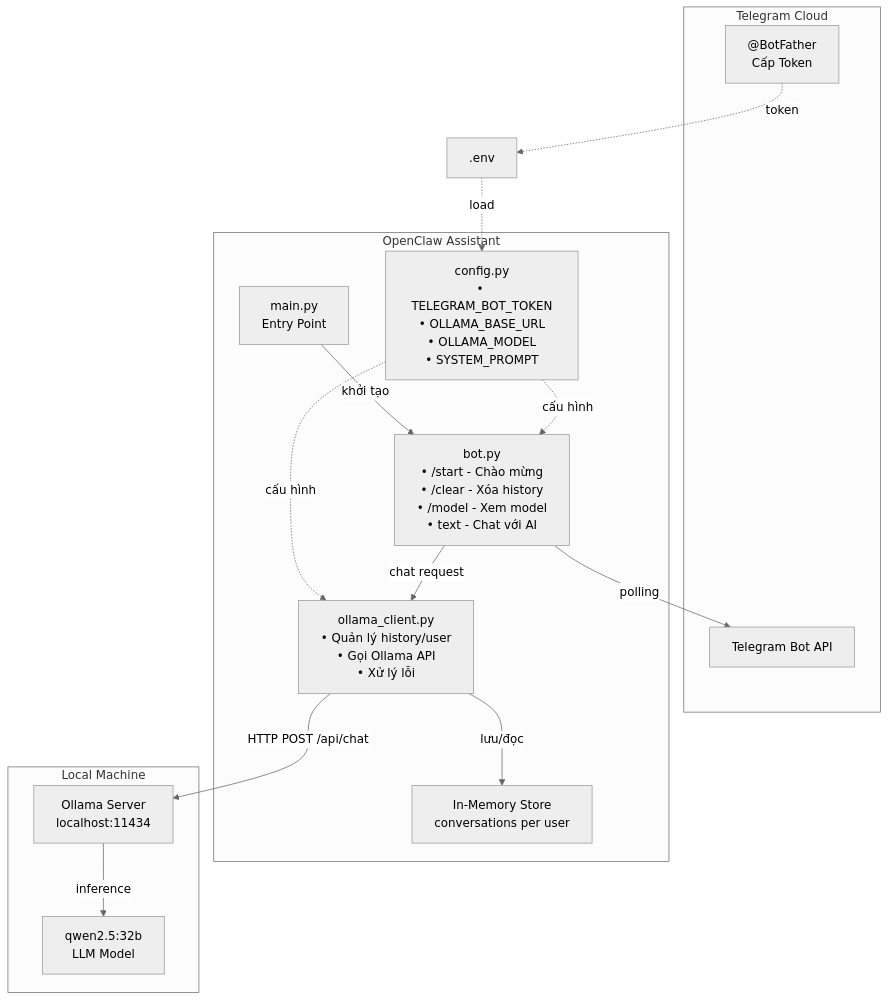
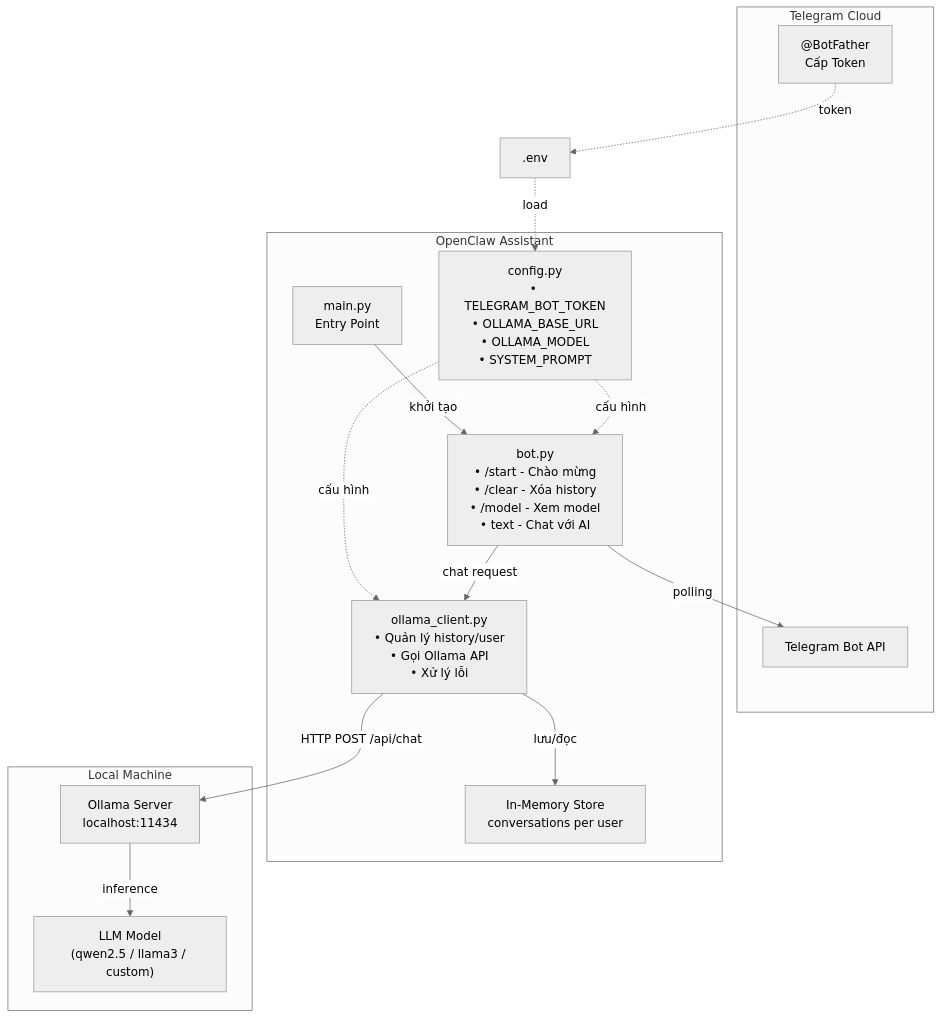
One commit to w0rkd4tt/openclaw-assistance changed the first of 3 diagrams in README.md. Above: the diagram before and after it, drawn with Mermaid (neutral theme). The commit also changed other lines of this file, not shown here.

First line of the commit message:
Update README with hardware check, custom HuggingFace model, GPU docs

````diff
--- a/README.md
+++ b/README.md
@@ -50,31 +98,31 @@
 ```mermaid
 flowchart TB
     subgraph Telegram["Telegram Cloud"]
         BotFather["@BotFather\nCấp Token"]
         TGApi["Telegram Bot API"]
     end
 
     subgraph App["OpenClaw Assistant"]
         Main["main.py\nEntry Point"]
         Config["config.py\n• TELEGRAM_BOT_TOKEN\n• OLLAMA_BASE_URL\n• OLLAMA_MODEL\n• SYSTEM_PROMPT"]
         BotHandler["bot.py\n• /start - Chào mừng\n• /clear - Xóa history\n• /model - Xem model\n• text - Chat với AI"]
         Client["ollama_client.py\n• Quản lý history/user\n• Gọi Ollama API\n• Xử lý lỗi"]
         Memory["In-Memory Store\nconversations per user"]
     end
 
     subgraph Local["Local Machine"]
         Ollama["Ollama Server\nlocalhost:11434"]
-        Model["qwen2.5:32b\nLLM Model"]
+        Model["LLM Model\n(qwen2.5 / llama3 / custom)"]
     end
 
     ENV[".env"] -.->|load| Config
     BotFather -.->|token| ENV
     Main -->|khởi tạo| BotHandler
     Config -.->|cấu hình| BotHandler
     Config -.->|cấu hình| Client
     BotHandler -->|polling| TGApi
     BotHandler -->|chat request| Client
     Client -->|lưu/đọc| Memory
     Client -->|HTTP POST /api/chat| Ollama
     Ollama -->|inference| Model
 ```
````
